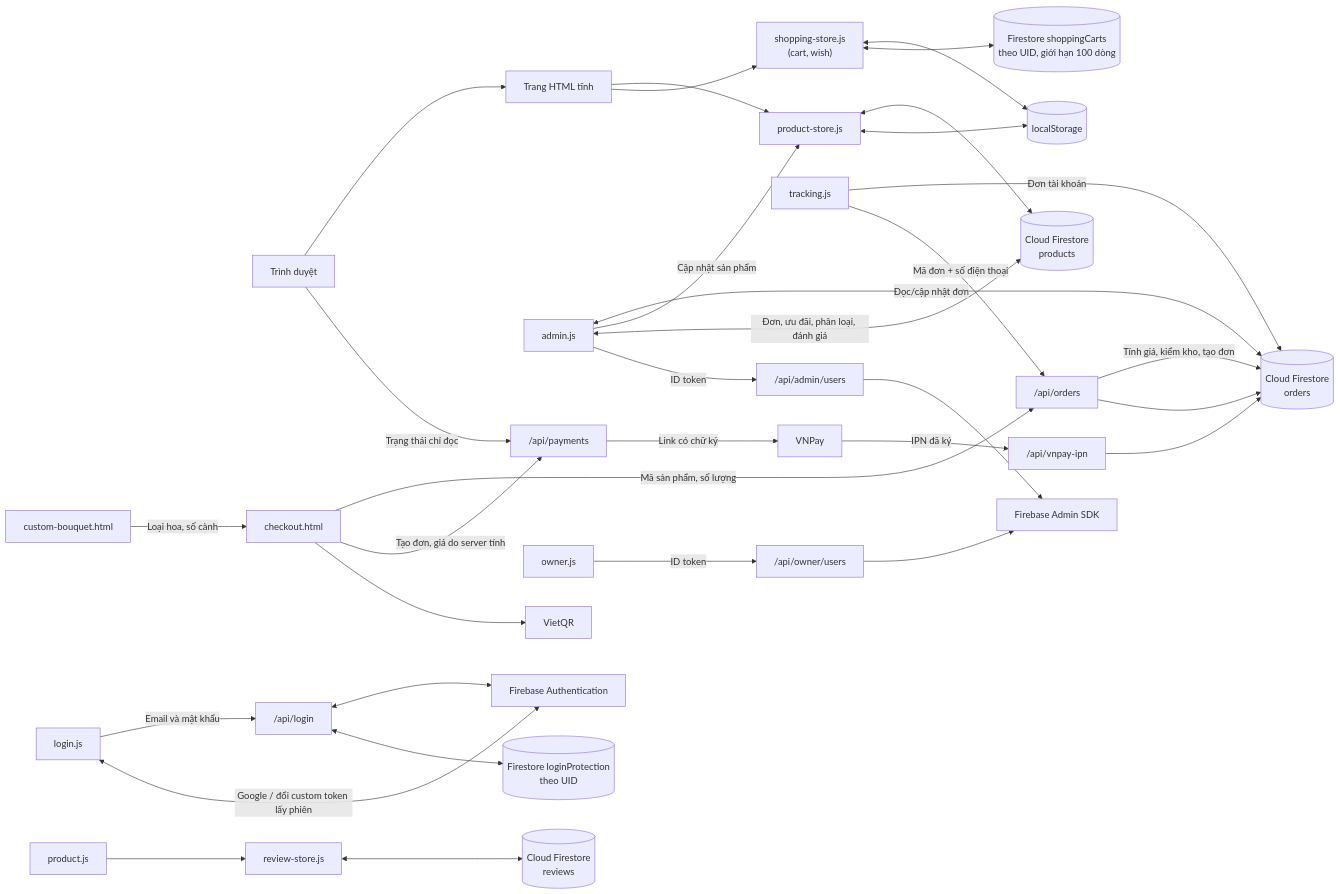
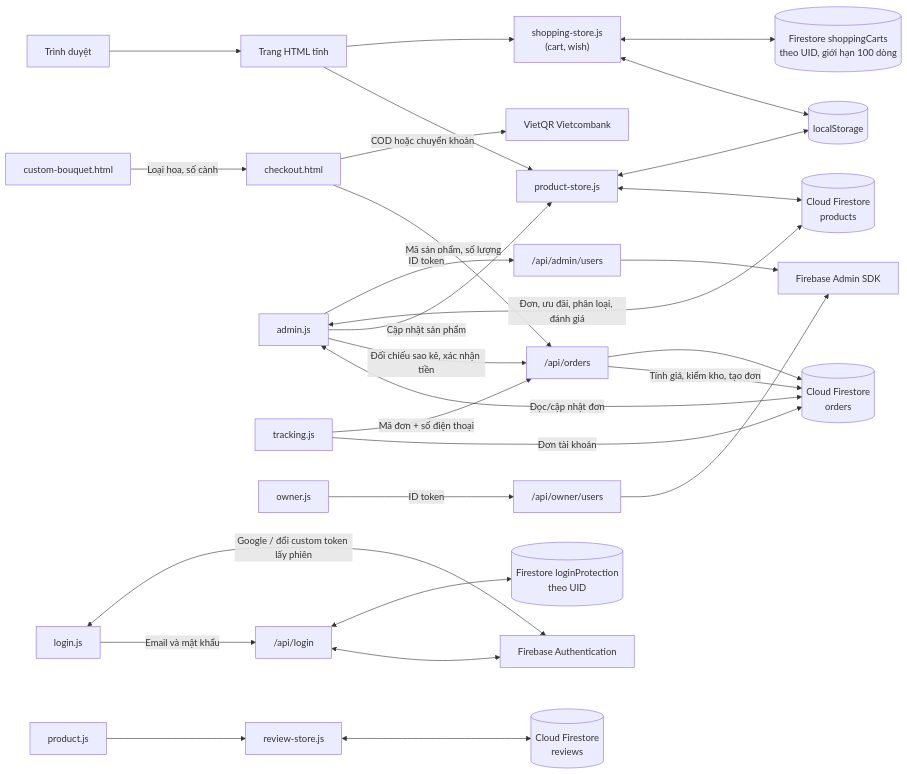
Before and after one commit to Rajat24111994/flower.com: the diagram in flower.com/README.md, drawn with Mermaid. The commit also changed other lines of this file and 8 other files, not shown here.

````diff
--- a/flower.com/README.md
+++ b/flower.com/README.md
@@ -19,30 +19,27 @@
 ```mermaid
 flowchart LR
     Browser[Trình duyệt] --> Pages[Trang HTML tĩnh]
     Pages --> Store["product-store.js"]
     Store <--> Firestore[(Cloud Firestore<br/>products)]
     Store <--> Cache[(localStorage)]
     Custom["custom-bouquet.html"] -->|Loại hoa, số cành| Checkout
     Pages --> Shopping["shopping-store.js<br/>(cart, wish)"] <--> Cache
     Shopping <--> ShoppingCloud[(Firestore shoppingCarts<br/>theo UID, giới hạn 100 dòng)]
     Checkout["checkout.html"] -->|Mã sản phẩm, số lượng| OrderAPI["/api/orders"] -->|Tính giá, kiểm kho, tạo đơn| Orders[(Cloud Firestore<br/>orders)]
     Admin["admin.js"] <-->|Đọc/cập nhật đơn| Orders
     Tracking["tracking.js"] -->|Đơn tài khoản| Orders
     Tracking -->|Mã đơn + số điện thoại| OrderAPI --> Orders
-    Checkout -->|Tạo đơn, giá do server tính| Payments["/api/payments"]
-    Payments -->|Link có chữ ký| VNPay[VNPay]
-    VNPay -->|IPN đã ký| IPN["/api/vnpay-ipn"] --> Orders
-    Browser -->|Trạng thái chỉ đọc| Payments
-    Checkout --> VietQR[VietQR]
+    Checkout -->|COD hoặc chuyển khoản| VietQR[VietQR Vietcombank]
+    Admin -->|Đối chiếu sao kê, xác nhận tiền| OrderAPI
     Admin["admin.js"] -->|Cập nhật sản phẩm| Store
     Admin <-->|Đơn, ưu đãi, phân loại, đánh giá| Firestore
     Admin -->|ID token| AdminAPI["/api/admin/users"]
     Owner["owner.js"] -->|ID token| OwnerAPI["/api/owner/users"]
     AdminAPI --> FirebaseAdmin[Firebase Admin SDK]
     OwnerAPI --> FirebaseAdmin
     Login["login.js"] -->|Email và mật khẩu| LoginAPI["/api/login"]
     LoginAPI <--> Auth[Firebase Authentication]
     LoginAPI <--> LoginProtection[(Firestore loginProtection<br/>theo UID)]
     Login <-->|Google / đổi custom token lấy phiên| Auth
     Product["product.js"] --> Reviews["review-store.js"] <--> FsReviews[(Cloud Firestore<br/>reviews)]
 ```
````
